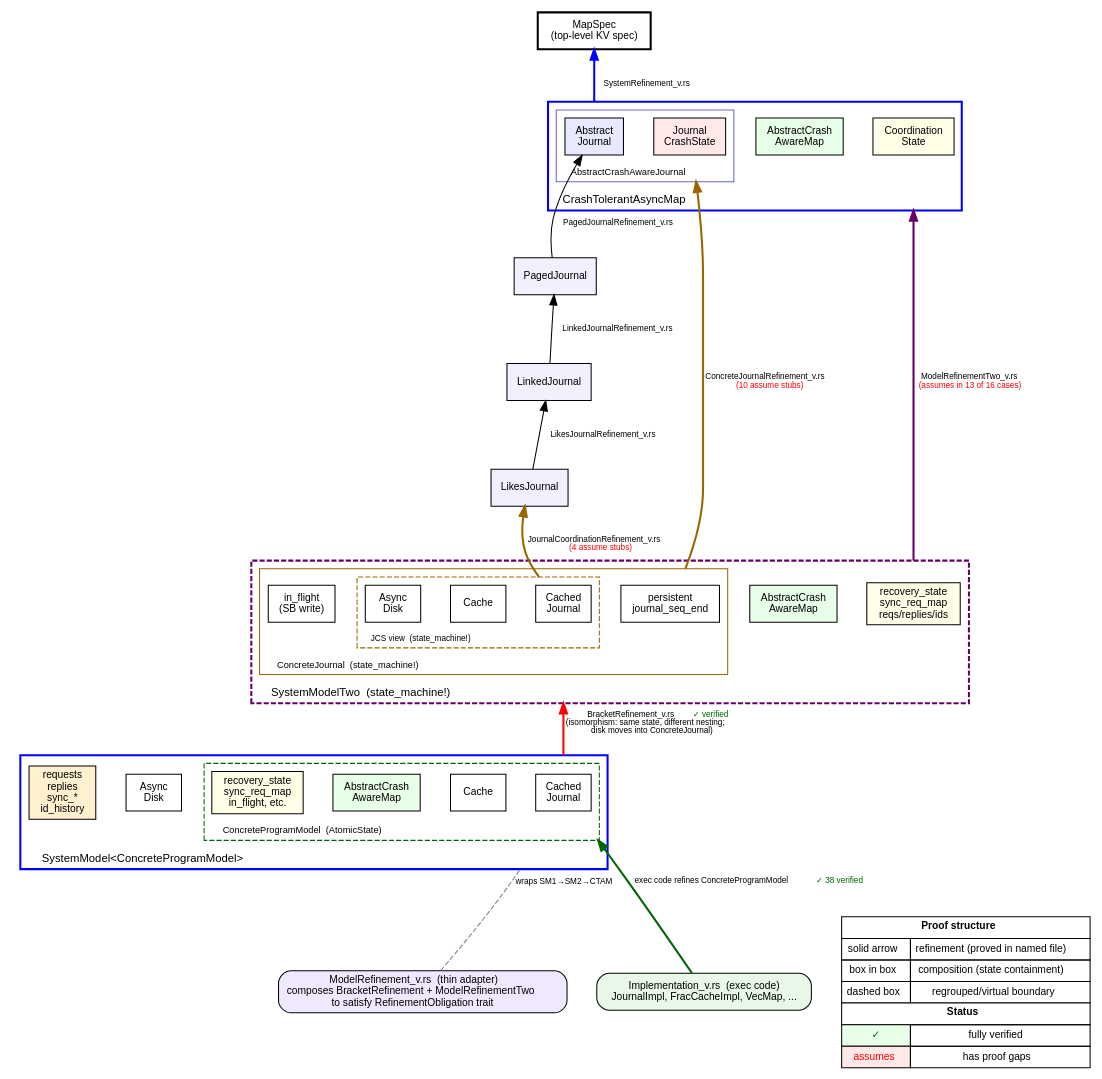
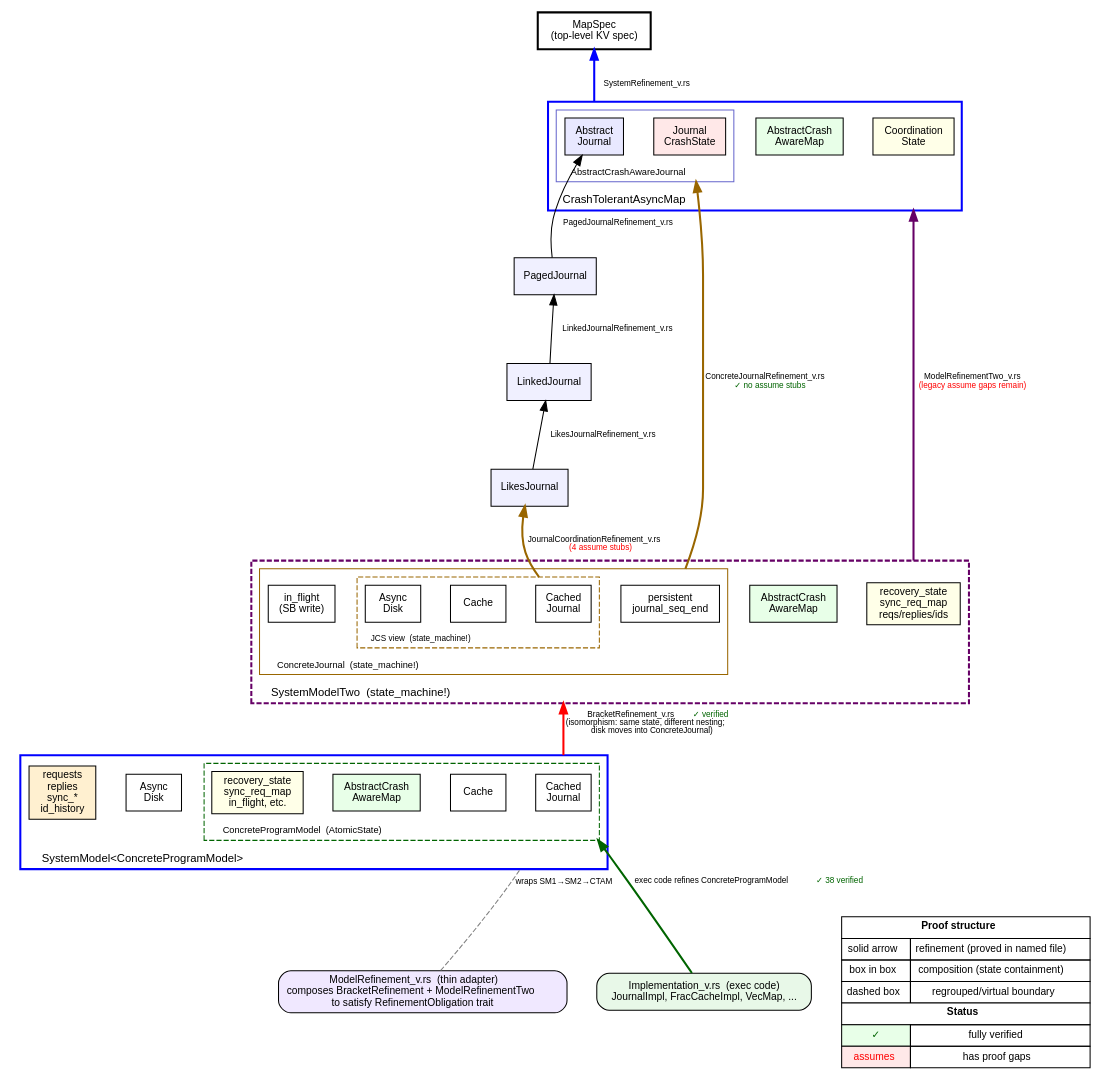
The diagram in docs/fancy-diagram/proof_hierarchy.dot (verisplinter/splinter), drawn with Graphviz before and after one commit. The commit also changed 3 other files, not shown here.

Commit message:
plug assume holes in ConcreteJournalRefinement

```diff
--- a/docs/fancy-diagram/proof_hierarchy.dot
+++ b/docs/fancy-diagram/proof_hierarchy.dot
@@ -1,146 +1,146 @@
 digraph proof_hierarchy {
     rankdir=BT;
     compound=true;
     newrank=true;
     fontname="Helvetica";
     node [fontname="Helvetica", fontsize=10];
     edge [fontname="Helvetica", fontsize=8];
     ranksep=0.8;
     nodesep=0.4;
 
     // ===== TOP: MapSpec =====
     MapSpec [shape=box, style="bold", label="MapSpec\n(top-level KV spec)"];
 
     // ===== Level 3: CrashTolerantAsyncMap (abstract composition) =====
     subgraph cluster_CTAM {
         label="CrashTolerantAsyncMap";
         labeljust=l; style=bold; fontsize=11; color=blue;
 
         subgraph cluster_ACAJ {
             label="AbstractCrashAwareJournal";
             labeljust=l; fontsize=9; color="#6666cc"; style=solid;
 
             CTAM_AJ [shape=box, label="Abstract\nJournal", style=filled, fillcolor="#e8e8ff"];
             CTAM_JCrash [shape=box, label="Journal\nCrashState", style=filled, fillcolor="#ffe8e8"];
         }
         CTAM_Map [shape=box, label="AbstractCrash\nAwareMap", style=filled, fillcolor="#e8ffe8"];
         CTAM_Coord [shape=box, label="Coordination\nState", style=filled, fillcolor="#ffffe8"];
 
         { rank=same; CTAM_AJ; CTAM_JCrash; CTAM_Map; CTAM_Coord; }
     }
 
     // CTAM refines to MapSpec
     CTAM_AJ -> MapSpec [
         label="  SystemRefinement_v.rs",
         style=bold, color=blue, ltail=cluster_CTAM];
 
     // ===== Journal refinement chain (vertical, left side) =====
     PagedJ [shape=box, label="PagedJournal", style=filled, fillcolor="#f0f0ff"];
     LinkedJ [shape=box, label="LinkedJournal", style=filled, fillcolor="#f0f0ff"];
     LJ [shape=box, label="LikesJournal", style=filled, fillcolor="#f0f0ff"];
 
     LJ -> LinkedJ [label="  LikesJournalRefinement_v.rs"];
     LinkedJ -> PagedJ [label="  LinkedJournalRefinement_v.rs"];
     PagedJ -> CTAM_AJ [label="  PagedJournalRefinement_v.rs"];
 
     // ===== Level 2: SystemModelTwo =====
     subgraph cluster_SM2 {
         label="SystemModelTwo  (state_machine!)";
         labeljust=l; style="bold,dashed"; fontsize=11; color="#660066";
 
         subgraph cluster_ConcJ {
             label="ConcreteJournal  (state_machine!)";
             labeljust=l; fontsize=9; color="#996600"; style=solid;
 
             subgraph cluster_JCS {
                 label="JCS view  (state_machine!)";
                 labeljust=l; fontsize=8; color="#996600"; style=dashed;
 
                 SM2_CJ [shape=box, label="Cached\nJournal"];
                 SM2_Cache [shape=box, label="Cache"];
                 SM2_Disk [shape=box, label="Async\nDisk"];
             }
             SM2_PersistJSE [shape=box, label="persistent\njournal_seq_end"];
             SM2_InFlight [shape=box, label="in_flight\n(SB write)"];
         }
         SM2_Map [shape=box, label="AbstractCrash\nAwareMap", style=filled, fillcolor="#e8ffe8"];
         SM2_Coord [shape=box, label="recovery_state\nsync_req_map\nreqs/replies/ids", style=filled, fillcolor="#ffffe8"];
 
         { rank=same; SM2_CJ; SM2_Cache; SM2_Disk; SM2_PersistJSE; SM2_InFlight; SM2_Map; SM2_Coord; }
     }
 
     // JCS -> LikesJournal (leftmost refinement — innermost, developed first)
     SM2_CJ -> LJ [
         label=<  JournalCoordinationRefinement_v.rs<BR/>  <FONT COLOR="red">(4 assume stubs)</FONT>>,
         style=bold, color="#996600",
         ltail=cluster_JCS];
 
     // ConcreteJournal -> ACAJ (middle — uses journal chain)
     SM2_PersistJSE -> CTAM_JCrash [
-        label=<  ConcreteJournalRefinement_v.rs<BR/>  <FONT COLOR="red">(10 assume stubs)</FONT>>,
+        label=<  ConcreteJournalRefinement_v.rs<BR/>  <FONT COLOR="darkgreen">&#x2713; no assume stubs</FONT>>,
         style=bold, color="#996600",
         ltail=cluster_ConcJ, lhead=cluster_ACAJ];
 
     // SM2 -> CTAM (rightmost, outermost — uses ConcreteJournalRefinement)
     SM2_Coord -> CTAM_Coord [
-        label=<  ModelRefinementTwo_v.rs<BR/>  <FONT COLOR="red">(assumes in 13 of 16 cases)</FONT>>,
+        label=<  ModelRefinementTwo_v.rs<BR/>  <FONT COLOR="red">(legacy assume gaps remain)</FONT>>,
         style=bold, color="#660066",
         ltail=cluster_SM2, lhead=cluster_CTAM];
 
     // ===== Level 1: SystemModel (original grouping) =====
     subgraph cluster_SM1 {
         label="SystemModel<ConcreteProgramModel>";
         labeljust=l; style=bold; fontsize=11; color=blue;
 
         subgraph cluster_CPM {
             label="ConcreteProgramModel  (AtomicState)";
             labeljust=l; fontsize=9; color=darkgreen; style=dashed;
 
             SM1_CJ [shape=box, label="Cached\nJournal"];
             SM1_Cache [shape=box, label="Cache"];
             SM1_Map [shape=box, label="AbstractCrash\nAwareMap", style=filled, fillcolor="#e8ffe8"];
             SM1_Coord [shape=box, label="recovery_state\nsync_req_map\nin_flight, etc.", style=filled, fillcolor="#ffffe8"];
         }
         SM1_Disk [shape=box, label="Async\nDisk"];
         SM1_IO [shape=box, label="requests\nreplies\nsync_*\nid_history", style=filled, fillcolor="#fff0d0"];
 
         { rank=same; SM1_CJ; SM1_Cache; SM1_Map; SM1_Coord; SM1_Disk; SM1_IO; }
     }
 
     // SM1 -> SM2 bracket refinement
     SM1_CJ -> SM2_CJ [
         label=<  BracketRefinement_v.rs  <FONT COLOR="darkgreen">&#x2713; verified</FONT><BR/>  (isomorphism: same state, different nesting;<BR/>   disk moves into ConcreteJournal)>,
         style=bold, color=red,
         ltail=cluster_SM1, lhead=cluster_SM2];
 
     // ===== Adapter =====
     Adapter [shape=box, style="rounded,filled", fillcolor="#f0e8ff",
         label=<ModelRefinement_v.rs  (thin adapter)<BR/>composes BracketRefinement + ModelRefinementTwo<BR/>to satisfy RefinementObligation trait>];
 
     Adapter -> SM1_CJ [style=dashed, color=gray, arrowhead=none,
         label=<  wraps SM1&#x2192;SM2&#x2192;CTAM>,
         lhead=cluster_SM1];
 
     // ===== Implementation =====
     Impl [shape=box, style="rounded,filled", fillcolor="#e8f8e8",
         label="Implementation_v.rs  (exec code)\nJournalImpl, FracCacheImpl, VecMap, ..."];
 
     Impl -> SM1_CJ [style=bold, color=darkgreen,
         label=<  exec code refines ConcreteProgramModel  <FONT COLOR="darkgreen">&#x2713; 38 verified</FONT>>,
         lhead=cluster_CPM];
 
     // ===== Layout hints =====
     {rank=max; MapSpec;}
 
     // Legend
     legend [shape=none, margin=0, label=<
 <TABLE BORDER="0" CELLBORDER="1" CELLSPACING="0" CELLPADDING="4">
   <TR><TD COLSPAN="2" BGCOLOR="white"><B>Proof structure</B></TD></TR>
   <TR><TD>solid arrow</TD><TD>refinement (proved in named file)</TD></TR>
   <TR><TD>box in box</TD><TD>composition (state containment)</TD></TR>
   <TR><TD>dashed box</TD><TD>regrouped/virtual boundary</TD></TR>
   <TR><TD COLSPAN="2" BGCOLOR="white"><B>Status</B></TD></TR>
   <TR><TD BGCOLOR="#e8ffe8"><FONT COLOR="darkgreen">&#x2713;</FONT></TD><TD>fully verified</TD></TR>
   <TR><TD BGCOLOR="#ffe8e8"><FONT COLOR="red">assumes</FONT></TD><TD>has proof gaps</TD></TR>
 </TABLE>>];
 }
```
